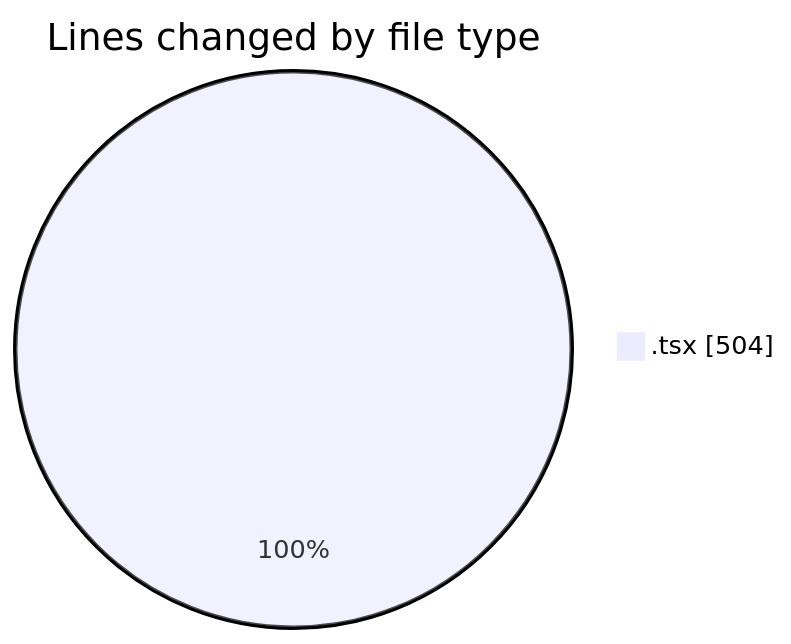
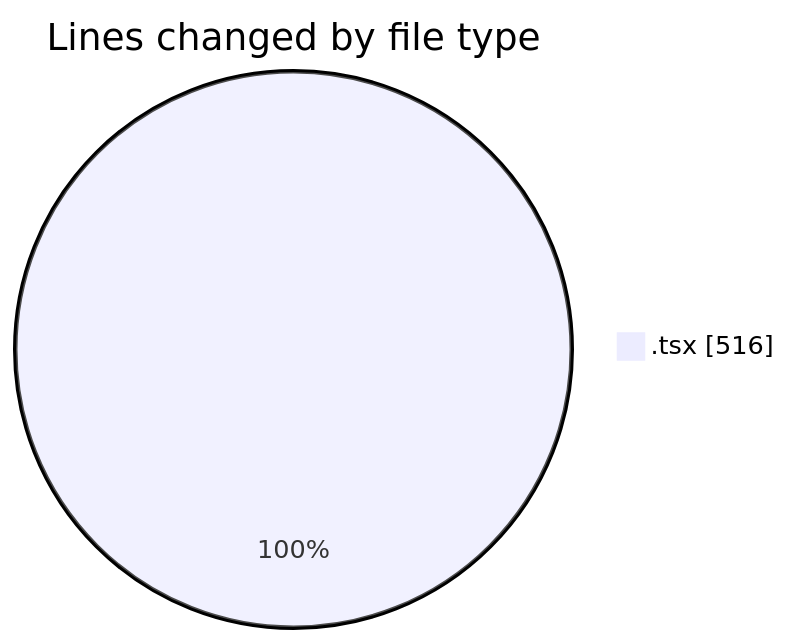
The first of 2 diagrams in 2025-08-20/napxuvn/README.md (lephambinh05/code-tracking), drawn with Mermaid before and after one commit. The commit also changed other lines of this file and 1 other file, not shown here.

````diff
--- a/2025-08-20/napxuvn/README.md
+++ b/2025-08-20/napxuvn/README.md
@@ -30,5 +30,5 @@
 ```mermaid
 pie showData
 title Lines changed by file type
-".tsx" : 504
+".tsx" : 516
 ```
````
